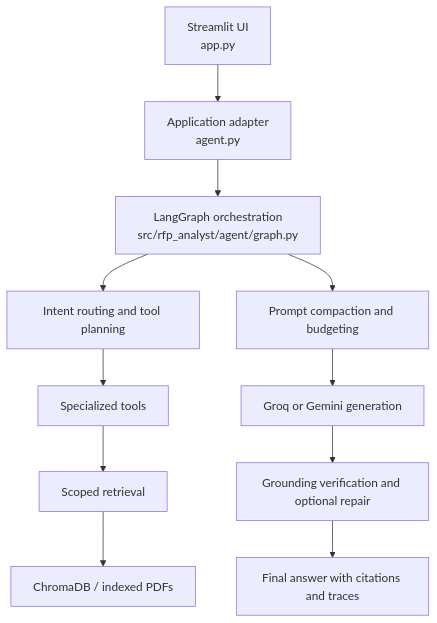
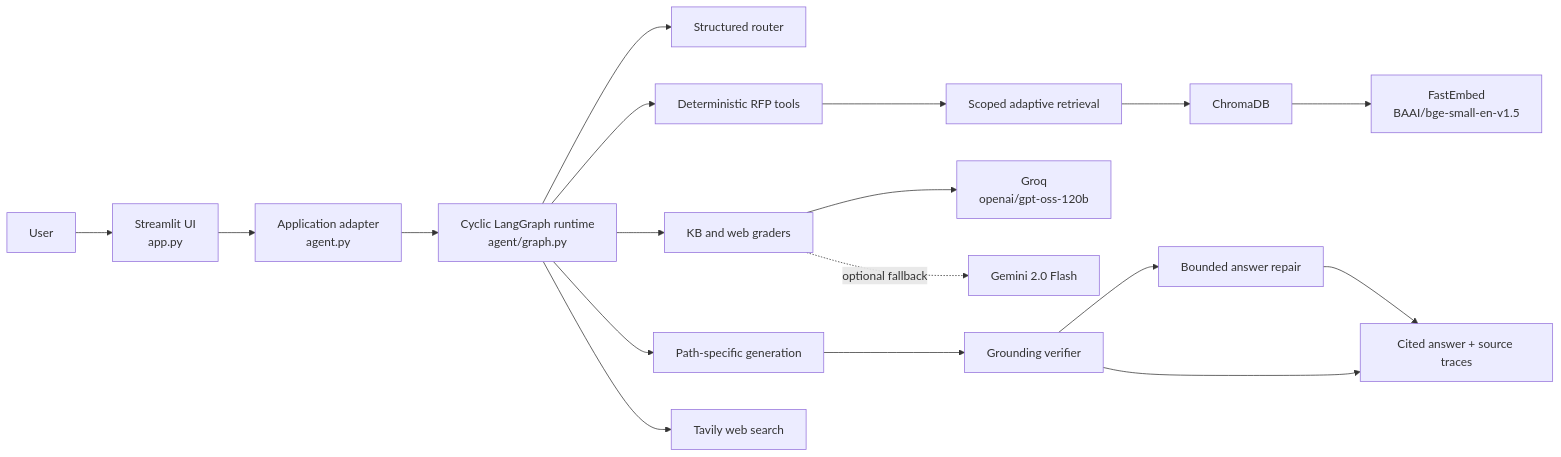
Before and after one commit to tusharg007/Internal-RFP-Analyst: the first of 4 diagrams in README.md, drawn with Mermaid. The commit also changed other lines of this file and 24 other files, not shown here.

````diff
--- a/README.md
+++ b/README.md
@@ -113,13 +74,20 @@
 ```mermaid
-flowchart TD
-    UI["Streamlit UI<br/>app.py"] --> Adapter["Application adapter<br/>agent.py"]
-    Adapter --> Graph["LangGraph orchestration<br/>src/rfp_analyst/agent/graph.py"]
-    Graph --> Routing["Intent routing and tool planning"]
-    Routing --> Tools["Specialized tools"]
-    Tools --> Retrieval["Scoped retrieval"]
-    Retrieval --> Store["ChromaDB / indexed PDFs"]
-    Graph --> Budget["Prompt compaction and budgeting"]
-    Budget --> LLM["Groq or Gemini generation"]
-    LLM --> Verify["Grounding verification and optional repair"]
-    Verify --> Answer["Final answer with citations and traces"]
+flowchart LR
+    User["User"] --> UI["Streamlit UI<br/>app.py"]
+    UI --> Adapter["Application adapter<br/>agent.py"]
+    Adapter --> Graph["Cyclic LangGraph runtime<br/>agent/graph.py"]
+    Graph --> Router["Structured router"]
+    Graph --> Graders["KB and web graders"]
+    Graph --> Tools["Deterministic RFP tools"]
+    Graph --> Generator["Path-specific generation"]
+    Tools --> Retriever["Scoped adaptive retrieval"]
+    Retriever --> Chroma["ChromaDB"]
+    Chroma --> Embeddings["FastEmbed<br/>BAAI/bge-small-en-v1.5"]
+    Graders --> Groq["Groq<br/>openai/gpt-oss-120b"]
+    Graders -. optional fallback .-> Gemini["Gemini 2.0 Flash"]
+    Graph --> Tavily["Tavily web search"]
+    Generator --> Verify["Grounding verifier"]
+    Verify --> Repair["Bounded answer repair"]
+    Repair --> Response["Cited answer + source traces"]
+    Verify --> Response
 ```
````
